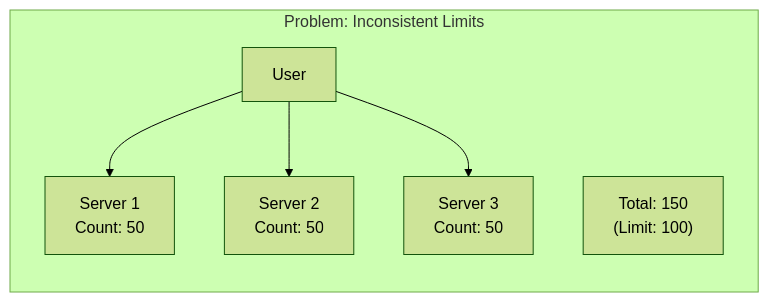
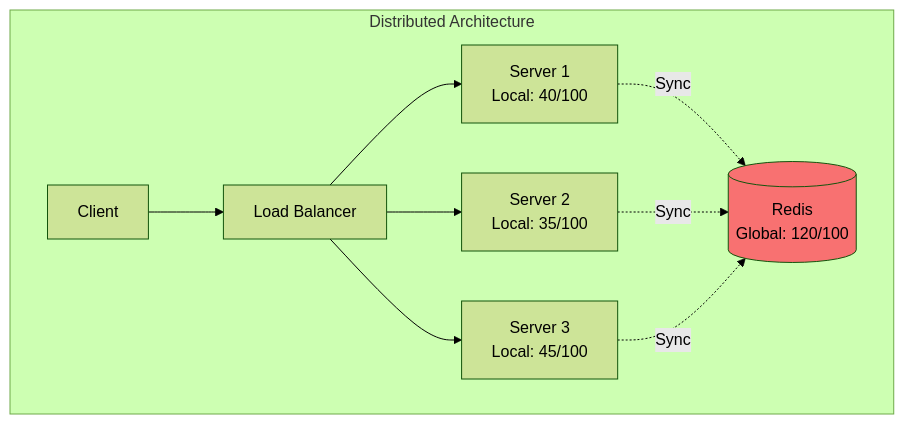
One commit to deepaucksharma/DStudio changed the third of 6 diagrams in docs/pattern-library/scaling/rate-limiting.md. Above: the diagram before and after it, drawn with Mermaid (forest theme). The commit also changed other lines of this file and 4 other files, not shown here.

````diff
--- a/docs/pattern-library/scaling/rate-limiting.md
+++ b/docs/pattern-library/scaling/rate-limiting.md
@@ -533,9 +149,13 @@
 ```mermaid
-graph LR
-    subgraph "Problem: Inconsistent Limits"
-        U1[User] --> S1[Server 1<br/>Count: 50]
-        U1 --> S2[Server 2<br/>Count: 50]
-        U1 --> S3[Server 3<br/>Count: 50]
-        Total["Total: 150<br/>(Limit: 100)"]
+graph TB
+    subgraph "Distributed Architecture"
+        C[Client] --> LB[Load Balancer]
+        LB --> S1[Server 1<br/>Local: 40/100]
+        LB --> S2[Server 2<br/>Local: 35/100]
+        LB --> S3[Server 3<br/>Local: 45/100]
+        
+        S1 & S2 & S3 -.->|Sync| RS[(Redis<br/>Global: 120/100)]
     end
+    
+    style RS fill:#f87171
 ```
````
